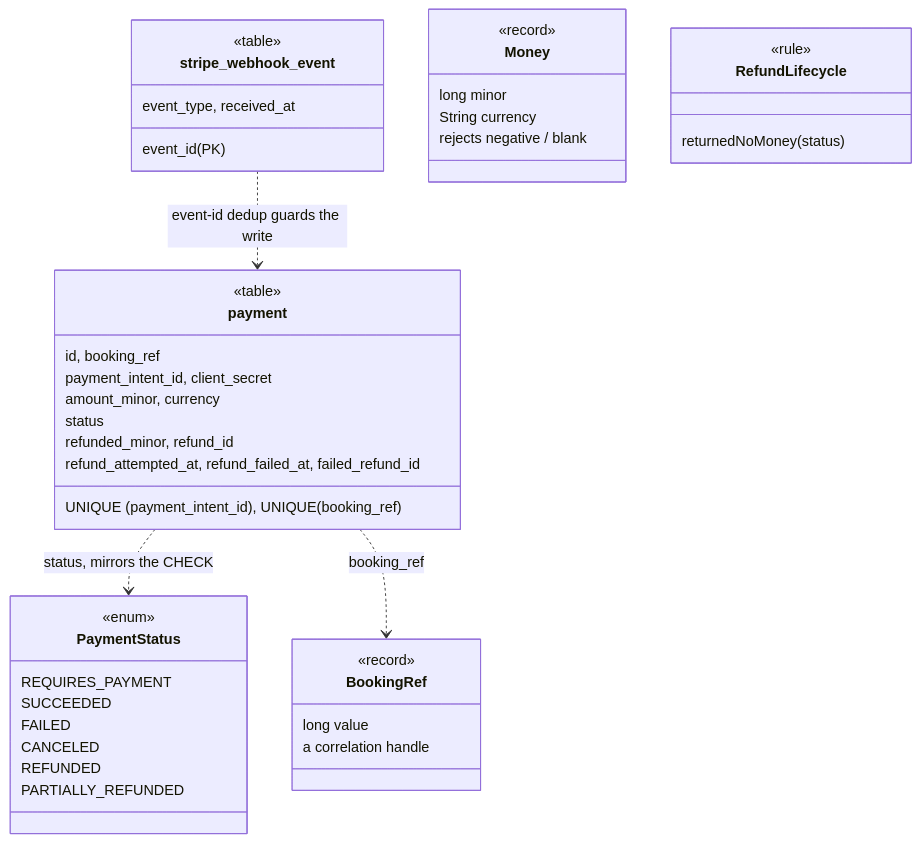
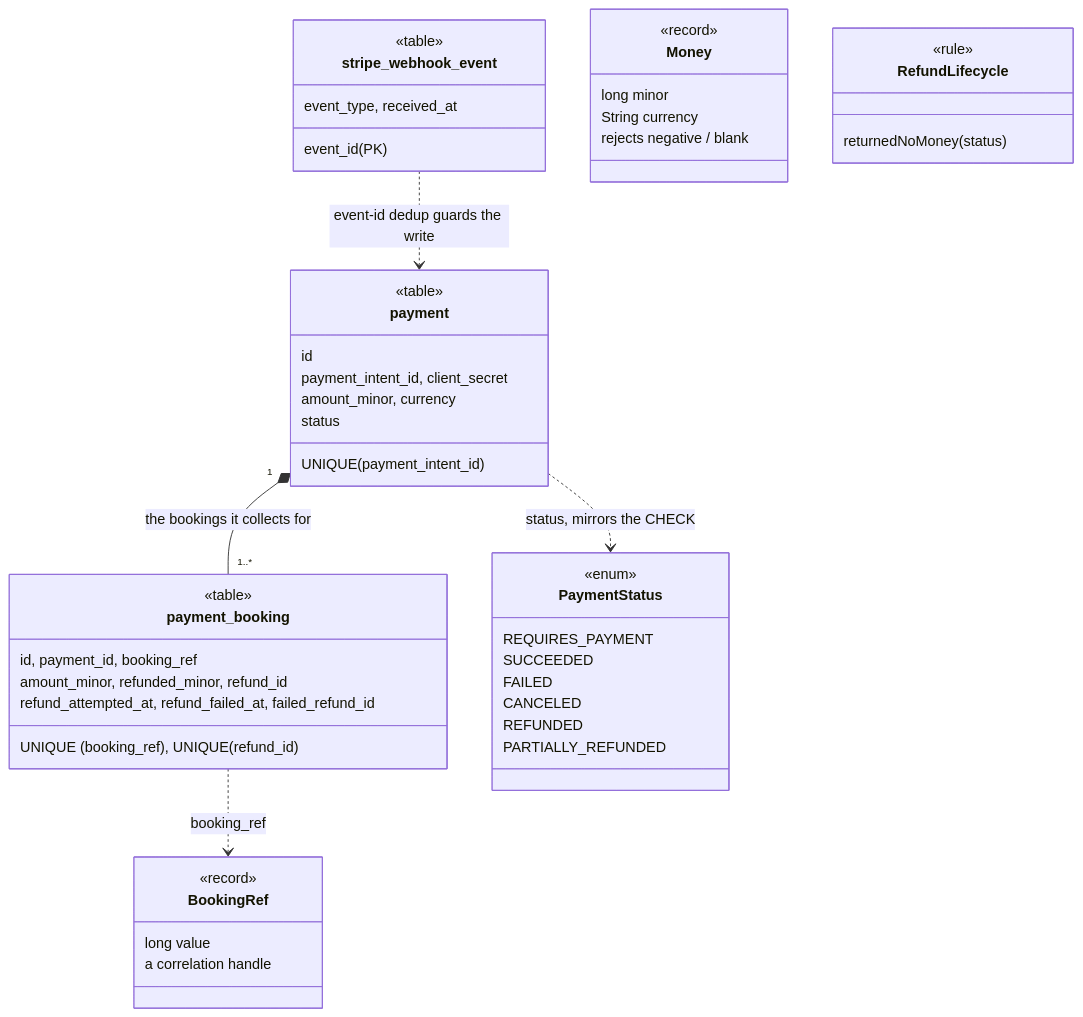
The sixth of 15 diagrams in docs/architecture/domain-model.md (ivopogace/riviera-sunbed-booking), drawn with Mermaid before and after one commit. The commit also changed other lines of this file and 37 other files, not shown here.

First line of the commit message:
Multi-day stays 9/12: one payment across several bookings, refunded per booking (#1207) (#1221)

````diff
--- a/docs/architecture/domain-model.md
+++ b/docs/architecture/domain-model.md
@@ -417,45 +417,51 @@
 ```mermaid
 classDiagram
     class payment {
         <<table>>
-        id, booking_ref
+        id
         payment_intent_id, client_secret
         amount_minor, currency
         status
-        refunded_minor, refund_id
+        UNIQUE (payment_intent_id)
+    }
+    class payment_booking {
+        <<table>>
+        id, payment_id, booking_ref
+        amount_minor, refunded_minor, refund_id
         refund_attempted_at, refund_failed_at, failed_refund_id
-        UNIQUE (payment_intent_id), UNIQUE (booking_ref)
+        UNIQUE (booking_ref), UNIQUE (refund_id)
     }
     class stripe_webhook_event {
         <<table>>
         event_id (PK)
         event_type, received_at
     }
     class PaymentStatus {
         <<enum>>
         REQUIRES_PAYMENT
         SUCCEEDED
         FAILED
         CANCELED
         REFUNDED
         PARTIALLY_REFUNDED
     }
     class Money {
         <<record>>
         long minor
         String currency
         rejects negative / blank
     }
     class BookingRef {
         <<record>>
         long value
         a correlation handle
     }
     class RefundLifecycle {
         <<rule>>
         returnedNoMoney(status)
     }
     payment ..> PaymentStatus : status, mirrors the CHECK
-    payment ..> BookingRef : booking_ref
+    payment "1" *-- "1..*" payment_booking : the bookings it collects for
+    payment_booking ..> BookingRef : booking_ref
     stripe_webhook_event ..> payment : event-id dedup guards the write
 ```
````
